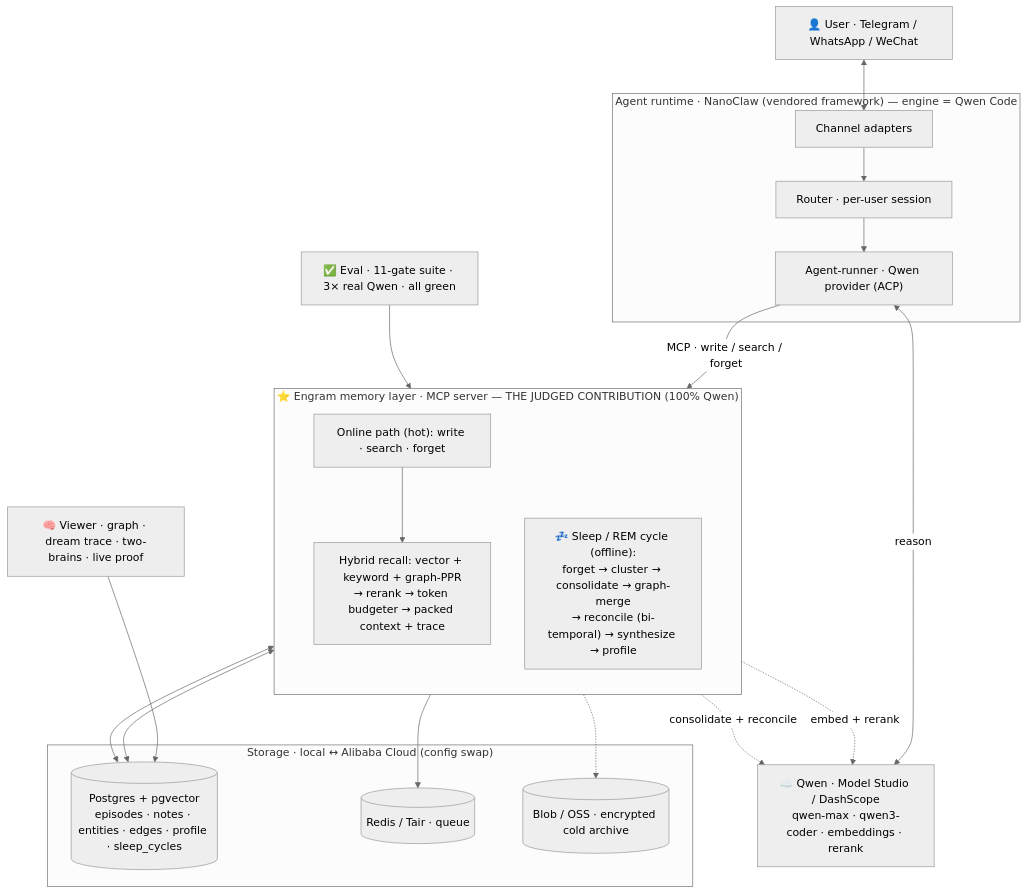
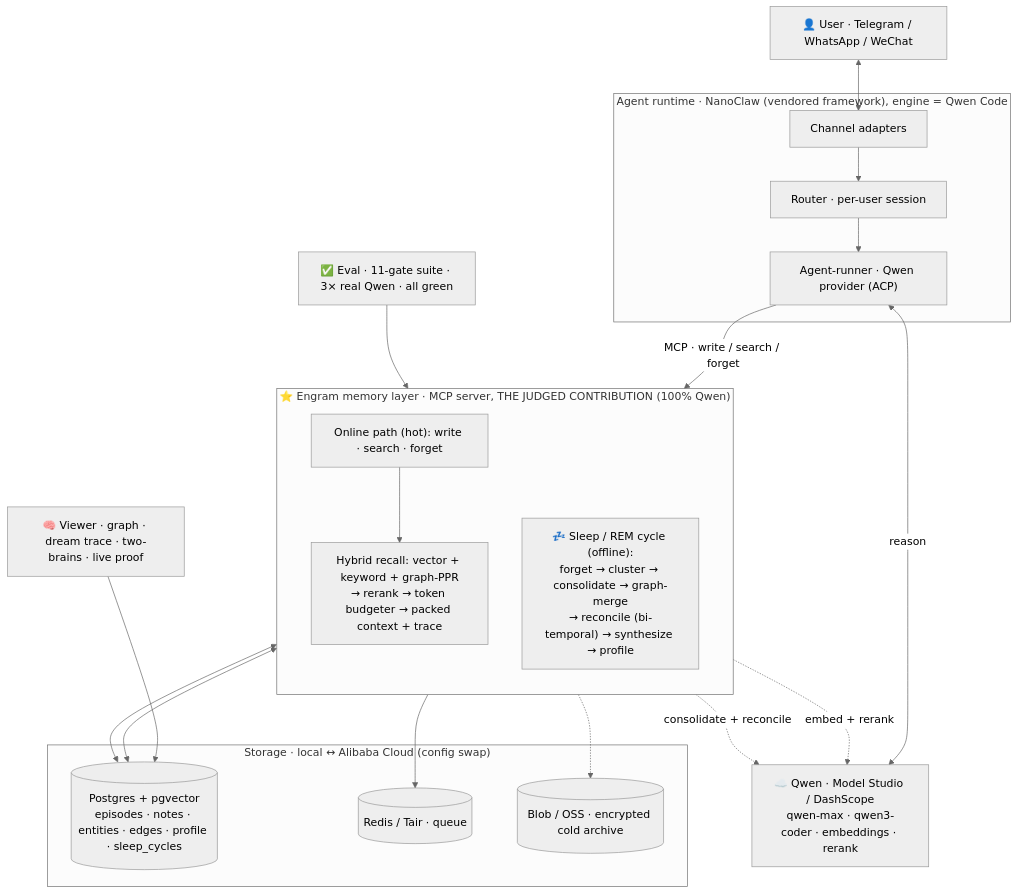
Before and after one commit to tzechong94/engram: the diagram in ARCHITECTURE.md, drawn with Mermaid (neutral theme). The commit also changed other lines of this file and 6 other files, not shown here.

````diff
--- a/ARCHITECTURE.md
+++ b/ARCHITECTURE.md
@@ -13,39 +13,39 @@
 ```mermaid
 flowchart TB
   User["👤 User · Telegram / WhatsApp / WeChat"]
 
-  subgraph AGENT["Agent runtime · NanoClaw (vendored framework) — engine = Qwen Code"]
+  subgraph AGENT["Agent runtime · NanoClaw (vendored framework), engine = Qwen Code"]
     ADAPT["Channel adapters"] --> ROUTER["Router · per-user session"] --> RUNNER["Agent-runner · Qwen provider (ACP)"]
   end
 
   QWEN["☁️ Qwen · Model Studio / DashScope<br/>qwen-max · qwen3-coder · embeddings · rerank"]
 
-  subgraph ENGRAM["⭐ Engram memory layer · MCP server — THE JUDGED CONTRIBUTION (100% Qwen)"]
+  subgraph ENGRAM["⭐ Engram memory layer · MCP server, THE JUDGED CONTRIBUTION (100% Qwen)"]
     direction TB
     ONLINE["Online path (hot): write · search · forget"]
     RECALL["Hybrid recall: vector + keyword + graph-PPR<br/>→ rerank → token budgeter → packed context + trace"]
     SLEEP["💤 Sleep / REM cycle (offline):<br/>forget → cluster → consolidate → graph-merge<br/>→ reconcile (bi-temporal) → synthesize → profile"]
     ONLINE --> RECALL
   end
 
   subgraph STORE["Storage · local ↔ Alibaba Cloud (config swap)"]
     PG[("Postgres + pgvector<br/>episodes · notes · entities · edges · profile · sleep_cycles")]
     REDIS[("Redis / Tair · queue")]
     BLOB[("Blob / OSS · encrypted cold archive")]
   end
 
   VIEWER["🧠 Viewer · graph · dream trace · two-brains · live proof"]
   EVAL["✅ Eval · 11-gate suite · 3× real Qwen · all green"]
 
   User <--> ADAPT
   RUNNER <-->|reason| QWEN
   RUNNER -->|"MCP · write / search / forget"| ONLINE
   ONLINE <--> PG
   RECALL -. embed + rerank .-> QWEN
   SLEEP <--> PG
   SLEEP -. consolidate + reconcile .-> QWEN
   ONLINE -.-> BLOB
   ONLINE --> REDIS
   VIEWER --> PG
   EVAL --> ENGRAM
 ```
````
